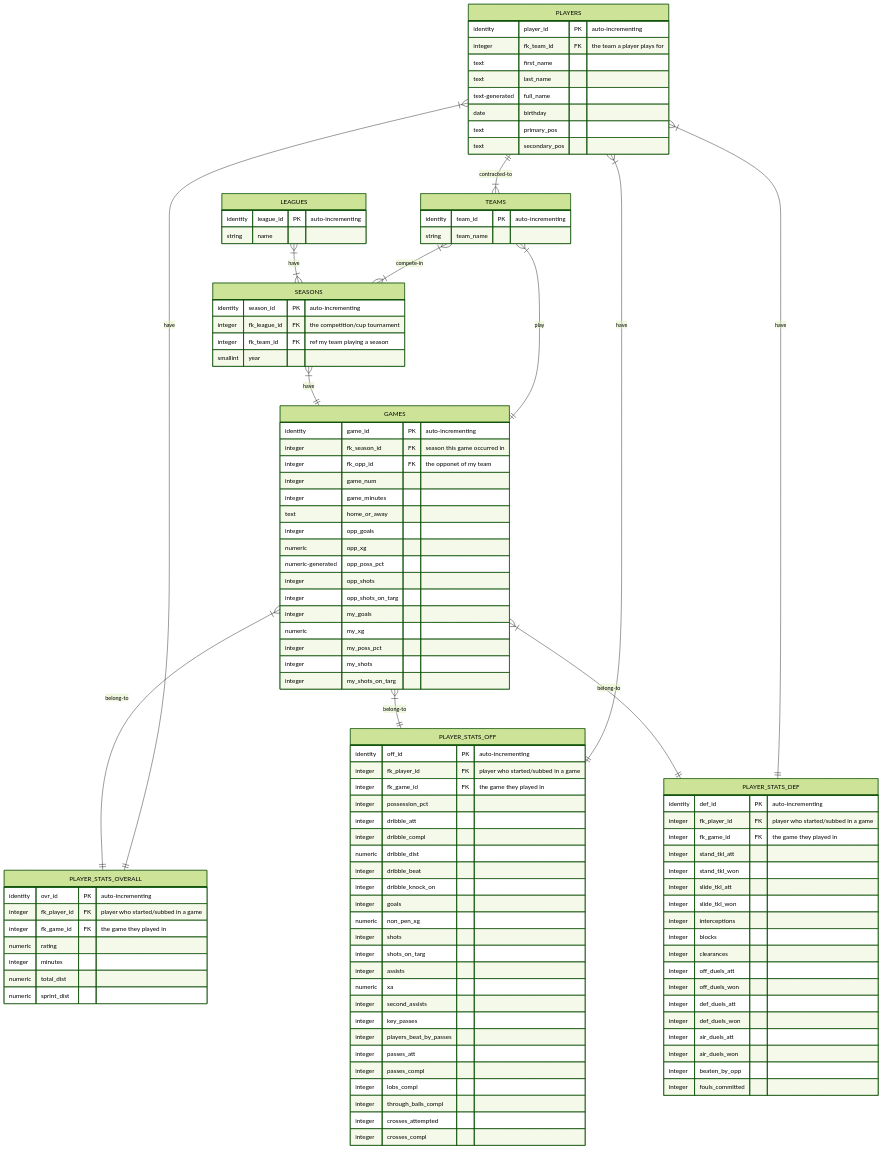
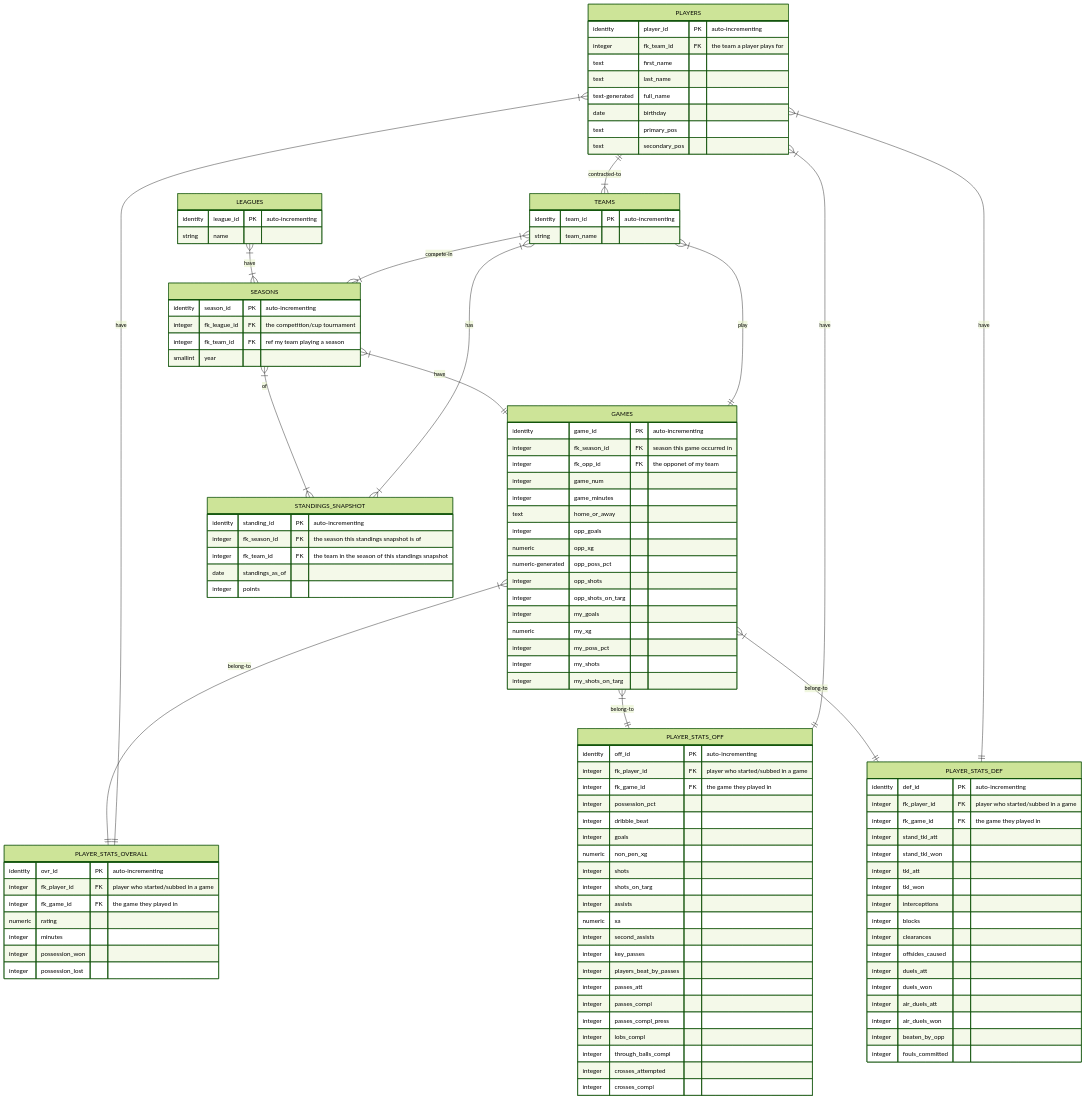
The diagram in README.md (BrandonHoeft/fifa-career-mode-db), drawn with Mermaid (forest theme) before and after one commit.

Commit message:
update: add standings_snapshot table to ERD

````diff
--- a/README.md
+++ b/README.md
@@ -69,8 +69,8 @@
             integer fk_game_id  FK "the game they played in"
             numeric rating
             integer minutes
-            numeric total_dist
-            numeric sprint_dist
+            integer possession_won
+            integer possession_lost
         }
     PLAYERS }|--|| PLAYER_STATS_OVERALL : have
  
@@ -81,11 +81,7 @@
             integer fk_player_id FK "player who started/subbed in a game"
             integer fk_game_id FK "the game they played in"
             integer possession_pct
-            integer dribble_att
-            integer dribble_compl
-            numeric dribble_dist
             integer dribble_beat
-            integer dribble_knock_on
             integer goals
             numeric non_pen_xg
             integer shots
@@ -97,6 +93,7 @@
             integer players_beat_by_passes
             integer passes_att
             integer passes_compl
+            integer passes_compl_press
             integer lobs_compl
             integer through_balls_compl
             integer crosses_attempted
@@ -114,15 +111,14 @@
             integer fk_game_id FK  "the game they played in"
             integer stand_tkl_att
             integer stand_tkl_won
-            integer slide_tkl_att
-            integer slide_tkl_won
+            integer tkl_att
+            integer tkl_won
             integer interceptions
             integer blocks
             integer clearances
-            integer off_duels_att
-            integer off_duels_won
-            integer def_duels_att
-            integer def_duels_won
+            integer offsides_caused
+            integer duels_att
+            integer duels_won
             integer air_duels_att
             integer air_duels_won
             integer beaten_by_opp
@@ -131,4 +127,15 @@
  
     PLAYERS }|--|| PLAYER_STATS_DEF : have
 
+    SEASONS }|--|{ STANDINGS_SNAPSHOT: of
+        STANDINGS_SNAPSHOT {
+            identity standing_id PK "auto-incrementing"
+            integer fk_season_id FK  "the season this standings snapshot is of"
+            integer fk_team_id FK "the team in the season of this standings snapshot"
+            date standings_as_of
+            integer points
+        }
+    
+    TEAMS }|--|{ STANDINGS_SNAPSHOT: has
+
 ```
````
